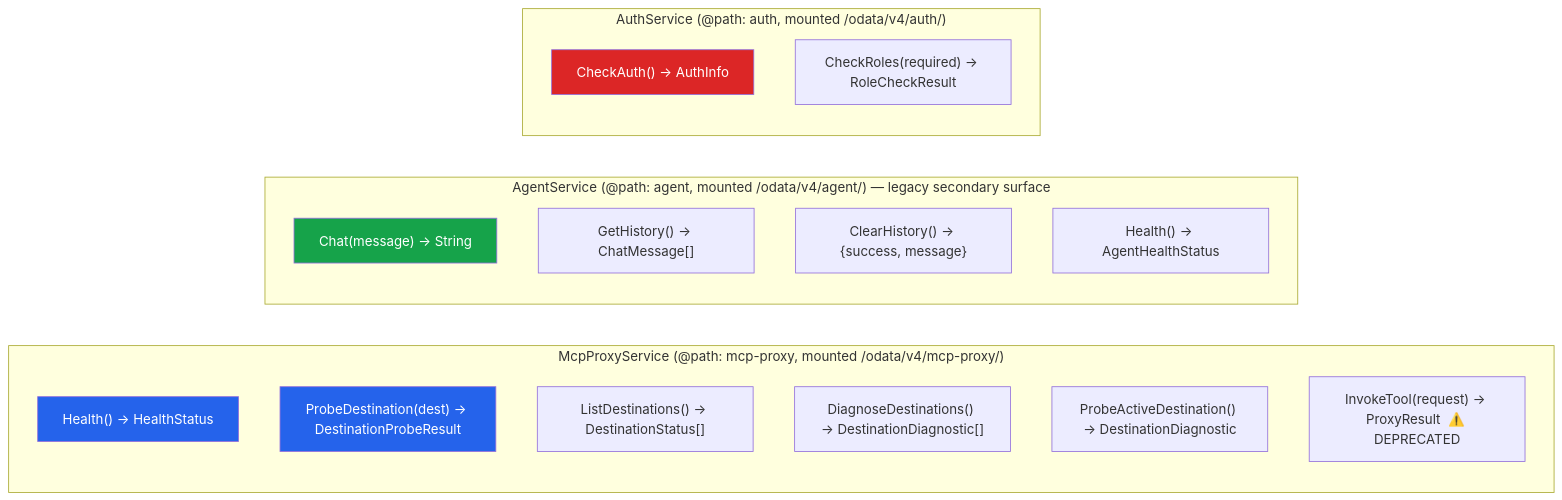
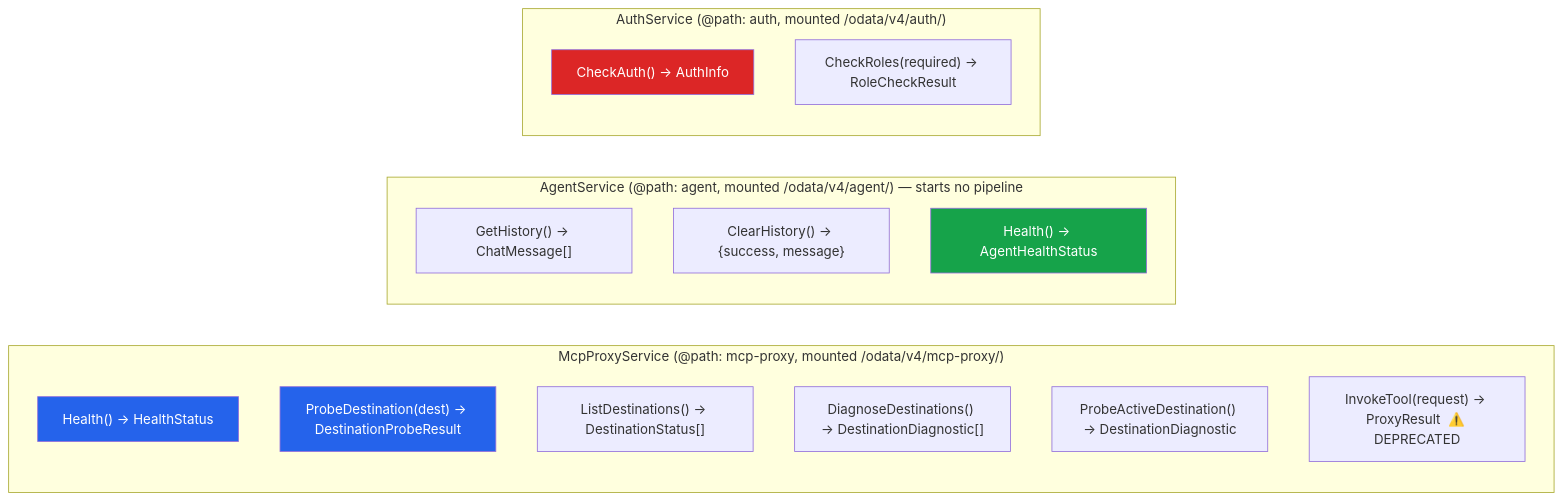
Diagram 18 of 24 in docs/architecture/ARCHITECTURE.md (fr0ster/cloud-llm-hub), drawn with Mermaid before and after one commit. The commit also changed other lines of this file and 6 other files, not shown here.

First line of the commit message:
docs: the door, sessions the service issues, and the removed OData Chat

````diff
--- a/docs/architecture/ARCHITECTURE.md
+++ b/docs/architecture/ARCHITECTURE.md
@@ -1019,28 +1017,27 @@
 ```mermaid
 graph LR
     subgraph "McpProxyService (@path: mcp-proxy, mounted /odata/v4/mcp-proxy/)"
         MH["Health() → HealthStatus"]
         MPD["ProbeDestination(dest) → DestinationProbeResult"]
         MLD["ListDestinations() → DestinationStatus[]"]
         MDD["DiagnoseDestinations() → DestinationDiagnostic[]"]
         MPA["ProbeActiveDestination() → DestinationDiagnostic"]
         MIT["InvokeTool(request) → ProxyResult  ⚠️ DEPRECATED"]
     end
 
-    subgraph "AgentService (@path: agent, mounted /odata/v4/agent/) — legacy secondary surface"
-        AC["Chat(message) → String"]
+    subgraph "AgentService (@path: agent, mounted /odata/v4/agent/) — starts no pipeline"
         AGH["GetHistory() → ChatMessage[]"]
         ACH["ClearHistory() → {success, message}"]
         AAH["Health() → AgentHealthStatus"]
     end
 
     subgraph "AuthService (@path: auth, mounted /odata/v4/auth/)"
         ACA["CheckAuth() → AuthInfo"]
         ACR["CheckRoles(required) → RoleCheckResult"]
     end
 
     style MH fill:#2563eb,color:#fff
     style MPD fill:#2563eb,color:#fff
-    style AC fill:#16a34a,color:#fff
+    style AAH fill:#16a34a,color:#fff
     style ACA fill:#dc2626,color:#fff
 ```
````
